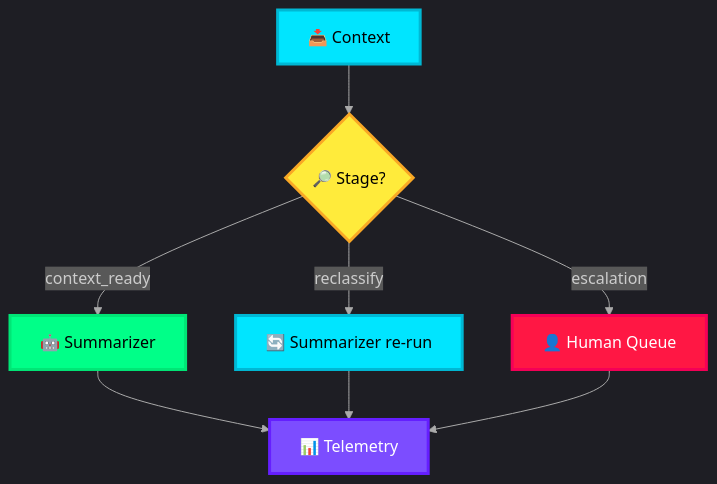
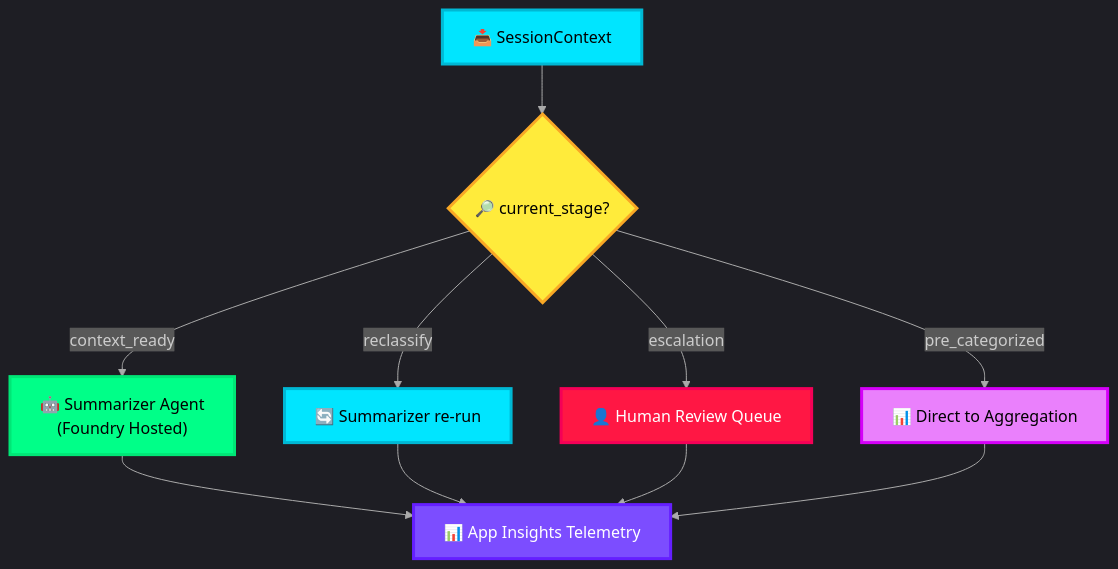
The diagram in docs/03-tool-router.md (thanhauco/agentic-ai-icm-system), drawn with Mermaid before and after one commit. The commit also changed other lines of this file and 1 other file, not shown here.

````diff
--- a/docs/03-tool-router.md
+++ b/docs/03-tool-router.md
@@ -13,16 +9,18 @@
 ```mermaid
 %%{init: {'theme': 'dark', 'themeVariables': {'lineColor': '#AAAAAA'}}}%%
 graph TD
-    A["📥 Context"] --> B{"🔎 Stage?"}
-    B -->|context_ready| C["🤖 Summarizer"]
+    A["📥 SessionContext"] --> B{"🔎 current_stage?"}
+    B -->|context_ready| C["🤖 Summarizer Agent<br>(Foundry Hosted)"]
     B -->|reclassify| D["🔄 Summarizer re-run"]
-    B -->|escalation| E["👤 Human Queue"]
-    C & D & E --> F["📊 Telemetry"]
+    B -->|escalation| E["👤 Human Review Queue"]
+    B -->|pre_categorized| F["📊 Direct to Aggregation"]
+    C & D & E & F --> G["📊 App Insights Telemetry"]
 
     style A fill:#00E5FF,stroke:#00B8D4,stroke-width:3px,color:#000
     style B fill:#FFEB3B,stroke:#F9A825,stroke-width:3px,color:#000
     style C fill:#00FF88,stroke:#00E676,stroke-width:3px,color:#000
     style D fill:#00E5FF,stroke:#00B8D4,stroke-width:3px,color:#000
     style E fill:#FF1744,stroke:#F50057,stroke-width:3px,color:#fff
-    style F fill:#7C4DFF,stroke:#651FFF,stroke-width:3px,color:#fff
+    style F fill:#EA80FC,stroke:#D500F9,stroke-width:3px,color:#000
+    style G fill:#7C4DFF,stroke:#651FFF,stroke-width:3px,color:#fff
 ```
````
